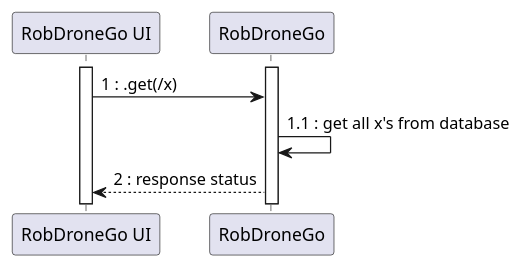
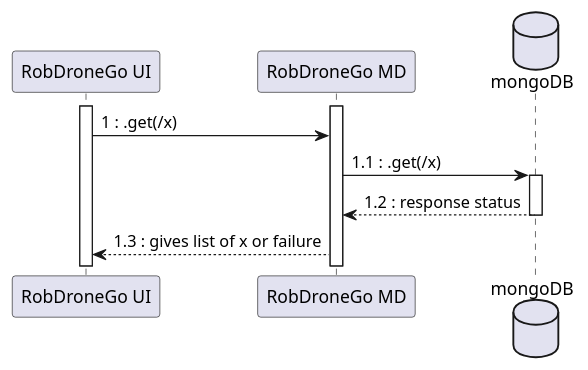
One commit to mpoboas/sem5-pi-23-24-38 changed the diagram in docs/nivel2/SSD2GET.puml. Above: the diagram before and after it, drawn with PlantUML. The commit also changed 32 other files, not shown here.

```diff
--- a/docs/nivel2/SSD2GET.puml
+++ b/docs/nivel2/SSD2GET.puml
@@ -1,11 +1,17 @@
-@startuml
+@startuml lvl2
 participant "RobDroneGo UI" as UI
-participant "RobDroneGo" as API
+participant "RobDroneGo MD" as API
+database "mongoDB" as BD
 
 activate UI
 activate API
 UI -> API : 1 : .get(/x)
-API -> API : 1.1 : get all x's from database
-API --> UI : 2 : response status
+
+API -> BD : 1.1 : .get(/x)
+activate BD
+
+BD --> API : 1.2 : response status
+deactivate
+API --> UI : 1.3 : gives list of x or failure
 
 @enduml
```
